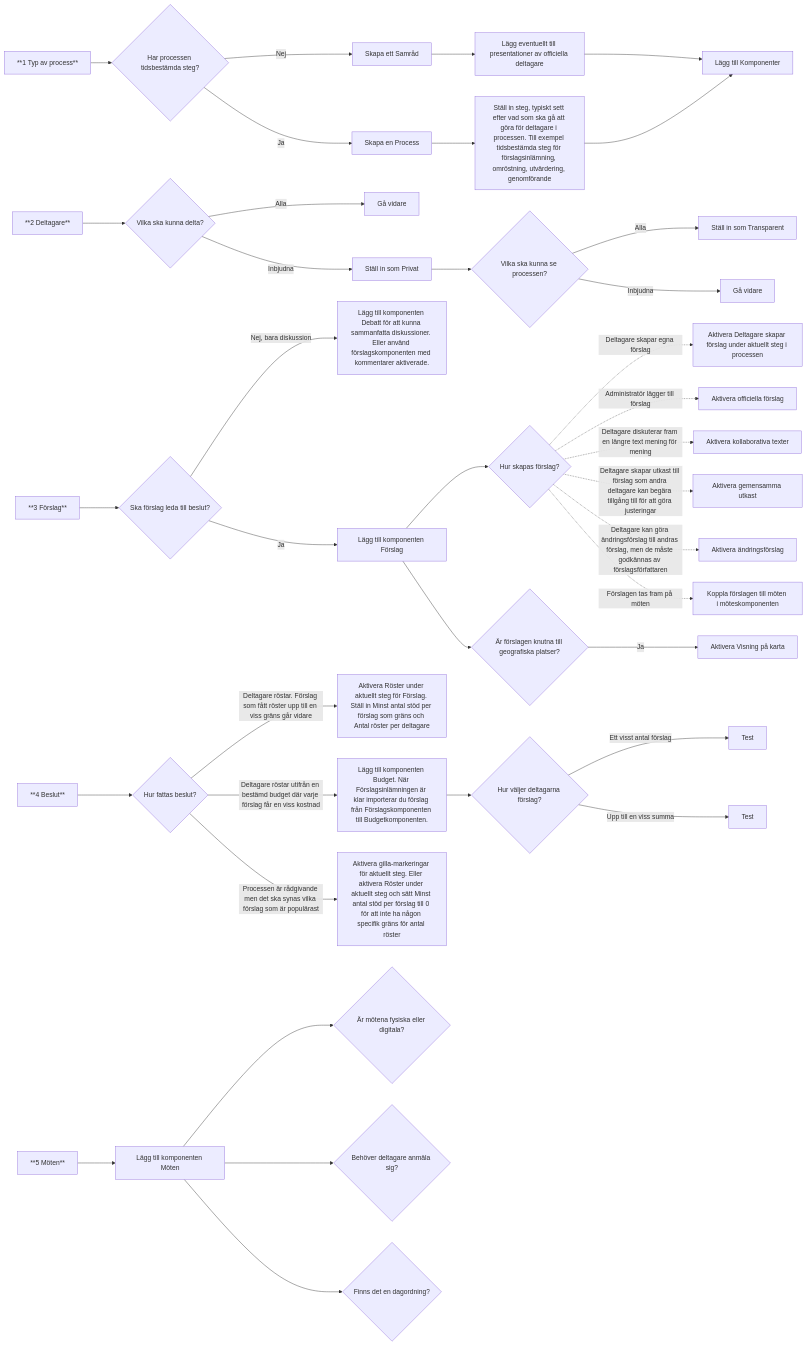
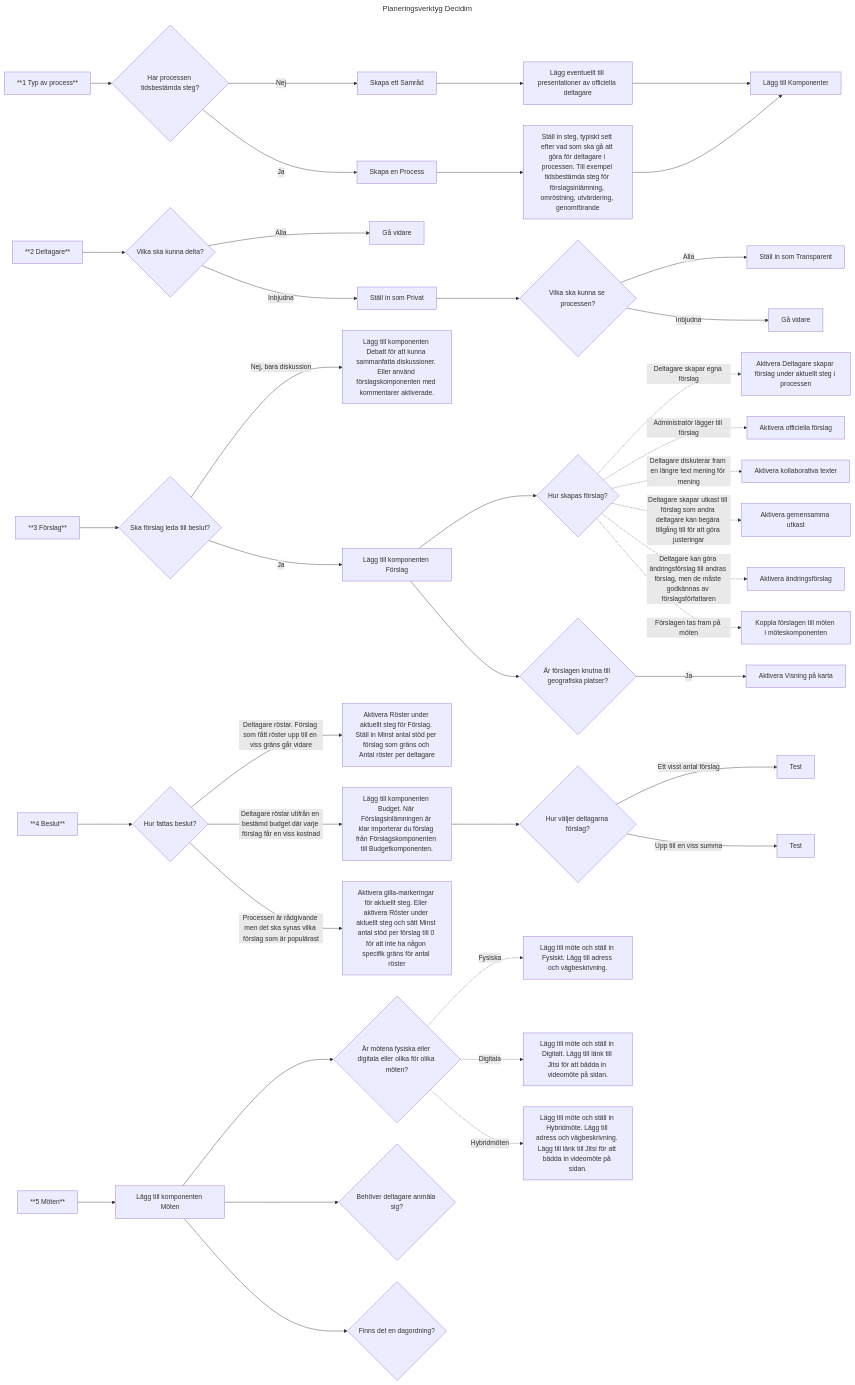
One commit to digidemlab/decidim-planner changed the diagram in form-definition.mmd. Above: the diagram before and after it, drawn with Mermaid. The commit also changed 10 other files, not shown here.

```diff
--- a/form-definition.mmd
+++ b/form-definition.mmd
@@ -1,41 +1,53 @@
+---
+title: Planeringsverktyg Decidim
+---
+
 graph LR
-
-  	A[**1 Typ av process**] --> B{Har processen tidsbestämda steg?}
+  	A[**1 Typ av process**]
+    A --> B{Har processen tidsbestämda steg?}
     B -->|Ja| C[Skapa en Process]
-    C --> K[Ställ in steg, typiskt sett efter vad som ska gå att göra för deltagare i processen. Till exempel tidsbestämda steg för förslagsinlämning, omröstning, utvärdering, genomförande]
+    C --> K["Ställ in steg, typiskt sett efter vad som ska gå att göra för deltagare i processen. Till exempel tidsbestämda steg för förslagsinlämning, omröstning, utvärdering, genomförande"]
     B -->|Nej| D[Skapa ett Samråd]
     D --> GA[Lägg eventuellt till presentationer av officiella deltagare]
     GA --> L[Lägg till Komponenter]
     K --> L[Lägg till Komponenter]
 
-    M[**2 Deltagare**] --> E{Vilka ska kunna delta?}
+    M[**2 Deltagare**]
+    M --> E{Vilka ska kunna delta?}
     E -->|Alla| G[Gå vidare]
-    E -->|Inbjudna| H[Ställ in som Privat] --> F{Vilka ska kunna se processen?}
+    E -->|Inbjudna| H[Ställ in som Privat]
+    H --> F{Vilka ska kunna se processen?}
     F -->|Alla| I[Ställ in som Transparent]
     F -->|Inbjudna| J[Gå vidare]
 
     N[**3 Förslag**]
     N --> O{Ska förslag leda till beslut?}
     O -->|Nej, bara diskussion| P[Lägg till komponenten Debatt för att kunna sammanfatta diskussioner. Eller använd förslagskomponenten med kommentarer aktiverade.]
-    O -->|Ja| Q[Lägg till komponenten Förslag] --> R{Hur skapas förslag?}
+    O -->|Ja| Q[Lägg till komponenten Förslag]
+    Q --> R{Hur skapas förslag?}
     Q --> QA{Är förslagen knutna till geografiska platser?}
   	QA -->|Ja| QB[Aktivera Visning på karta]
     R -.->|Deltagare skapar egna förslag| S[Aktivera Deltagare skapar förslag under aktuellt steg i processen]
     R -.->|Administratör lägger till förslag| T[Aktivera officiella förslag]
     R -.->|Deltagare diskuterar fram en längre text mening för mening | U[Aktivera kollaborativa texter]
     R -.->|Deltagare skapar utkast till förslag som andra deltagare kan begära tillgång till för att göra justeringar | V[Aktivera gemensamma utkast]
   	R -.->|Deltagare kan göra ändringsförslag till andras förslag, men de måste godkännas av förslagsförfattaren | W[Aktivera ändringsförslag]
     R -.->|Förslagen tas fram på möten | WA[Koppla förslagen till möten i möteskomponenten]
 
-    X[**4 Beslut** ] --> Y{Hur fattas beslut?}
+    X[**4 Beslut**]
+    X --> Y{Hur fattas beslut?}
     Y --> |Deltagare röstar. Förslag som fått röster upp till en viss gräns går vidare| Z[Aktivera Röster under aktuellt steg för Förslag. Ställ in Minst antal stöd per förslag som gräns och Antal röster per deltagare]
     Y --> |Deltagare röstar utifrån en bestämd budget där varje förslag får en viss kostnad| BB[Lägg till komponenten Budget. När Förslagsinlämningen är klar importerar du förslag från Förslagskomponenten till Budgetkomponenten.]
     BB --> BC{Hur väljer deltagarna förslag?}
     BC --> |Ett visst antal förslag| BD[Test]
     BC --> |Upp till en viss summa| BE[Test]
     Y --> |Processen är rådgivande men det ska synas vilka förslag som är populärast| CB[Aktivera gilla-markeringar för aktuellt steg. Eller aktivera Röster under aktuellt steg och sätt Minst antal stöd per förslag till 0 för att inte ha någon specifik gräns för antal röster]
 
-    DB[**5 Möten**] --> HB[Lägg till komponenten Möten]
-    HB --> EB{Är mötena fysiska eller digitala?}
+    DB[**5 Möten**]
+    DB --> HB[Lägg till komponenten Möten]
+    HB --> EB{Är mötena fysiska eller digitala eller olika för olika möten?}
+    EB -.-> |Fysiska| IB[Lägg till möte och ställ in Fysiskt. Lägg till adress och vägbeskrivning.]
+    EB -.-> |Digitala| JB[Lägg till möte och ställ in Digitalt. Lägg till länk till Jitsi för att bädda in videomöte på sidan.]
+    EB -.-> |Hybridmöten| KB[Lägg till möte och ställ in Hybridmöte. Lägg till adress och vägbeskrivning. Lägg till länk till Jitsi för att bädda in videomöte på sidan.]
     HB --> FB{Behöver deltagare anmäla sig?}
     HB --> GB{Finns det en dagordning?}
```
